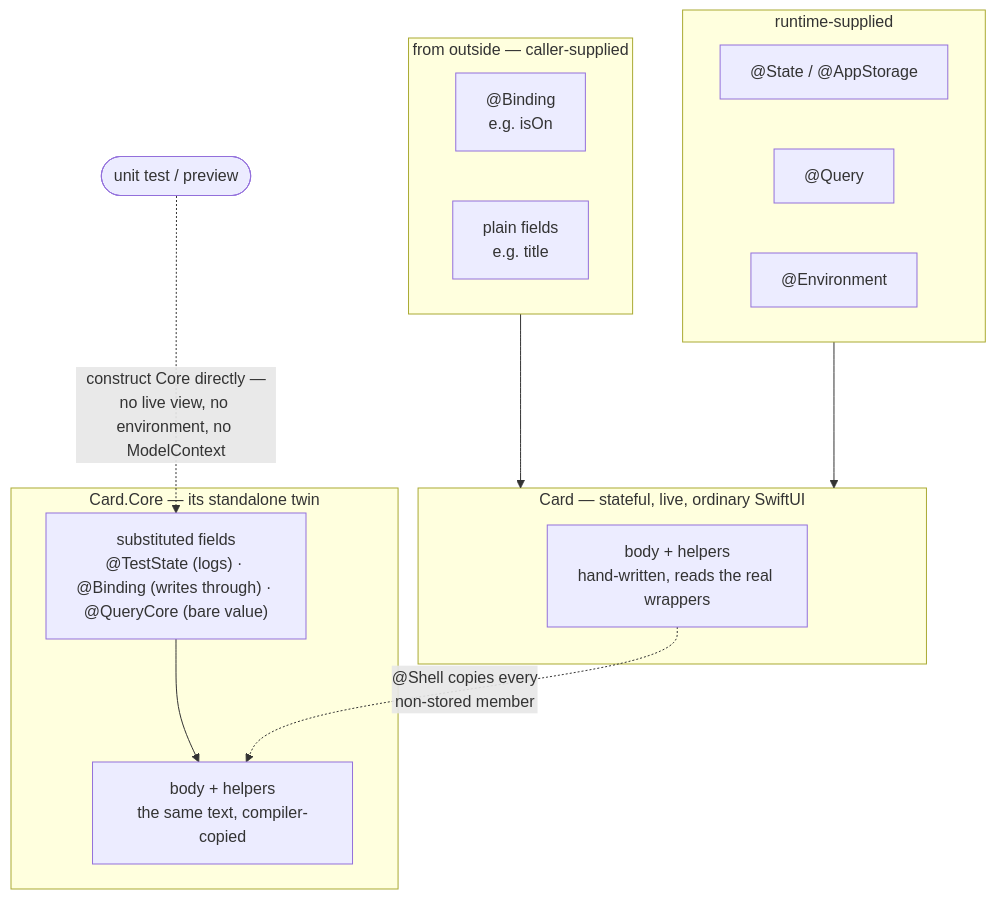
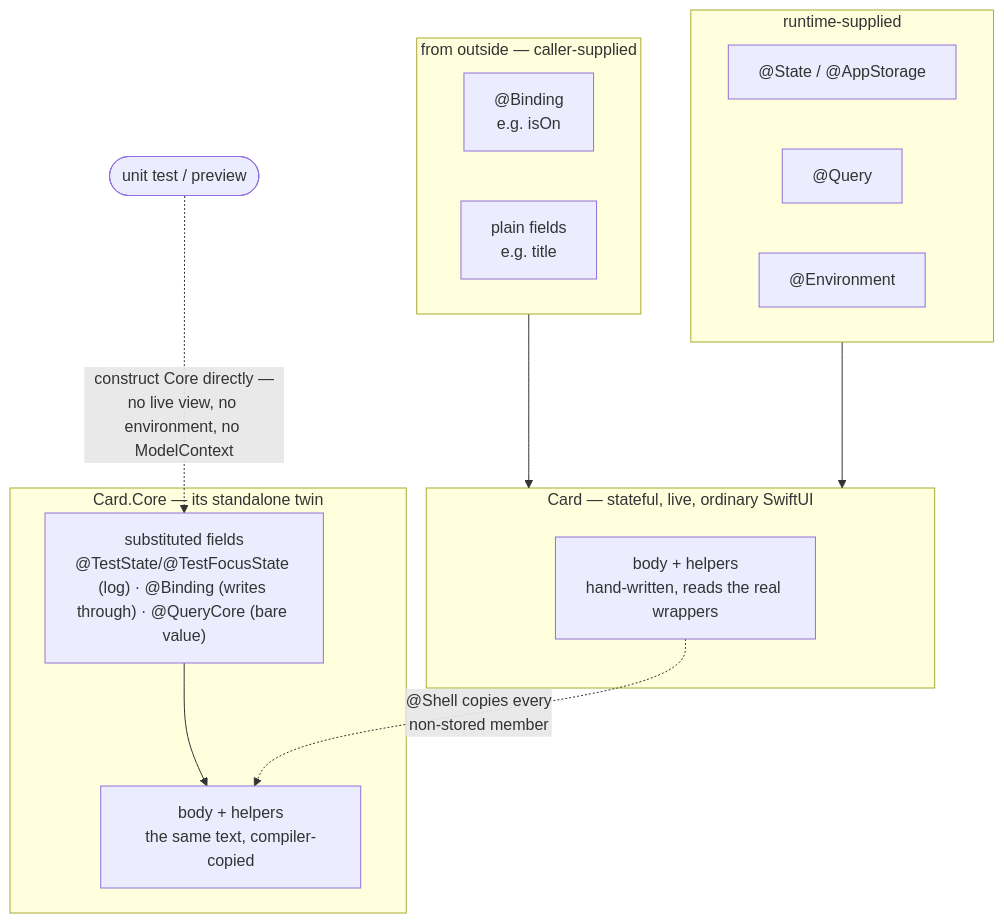
Before and after one commit to sisoje/swift-core-flow: the first of 3 diagrams in README.md, drawn with Mermaid. The commit also changed other lines of this file and 11 other files, not shown here.

First line of the commit message:
@TestFocusState: a drop-in @FocusState that logs; @Shell's new substitution row

````diff
--- a/README.md
+++ b/README.md
@@ -313,29 +320,29 @@
 ```mermaid
 flowchart TD
     subgraph Outside["from outside — caller-supplied"]
         Bind["@Binding<br/>e.g. isOn"]
         Plain["plain fields<br/>e.g. title"]
     end
 
     subgraph SOT["runtime-supplied"]
         State["@State / @AppStorage"]
         Query["@Query"]
         Env["@Environment"]
     end
 
     Outside --> Card
     SOT --> Card
 
     subgraph Card["Card — stateful, live, ordinary SwiftUI"]
         CardBody["body + helpers<br/>hand-written, reads the real wrappers"]
     end
 
     subgraph SN["Card.Core — its standalone twin"]
-        Fields["substituted fields<br/>@TestState (logs) · @Binding (writes through) · @QueryCore (bare value)"]
+        Fields["substituted fields<br/>@TestState/@TestFocusState (log) · @Binding (writes through) · @QueryCore (bare value)"]
         SNBody["body + helpers<br/>the same text, compiler-copied"]
         Fields --> SNBody
     end
 
     CardBody -. "@Shell copies every<br/>non-stored member" .-> SNBody
     Test(["unit test / preview"]) -. "construct Core directly —<br/>no live view, no environment, no ModelContext" .-> Fields
 ```
````
